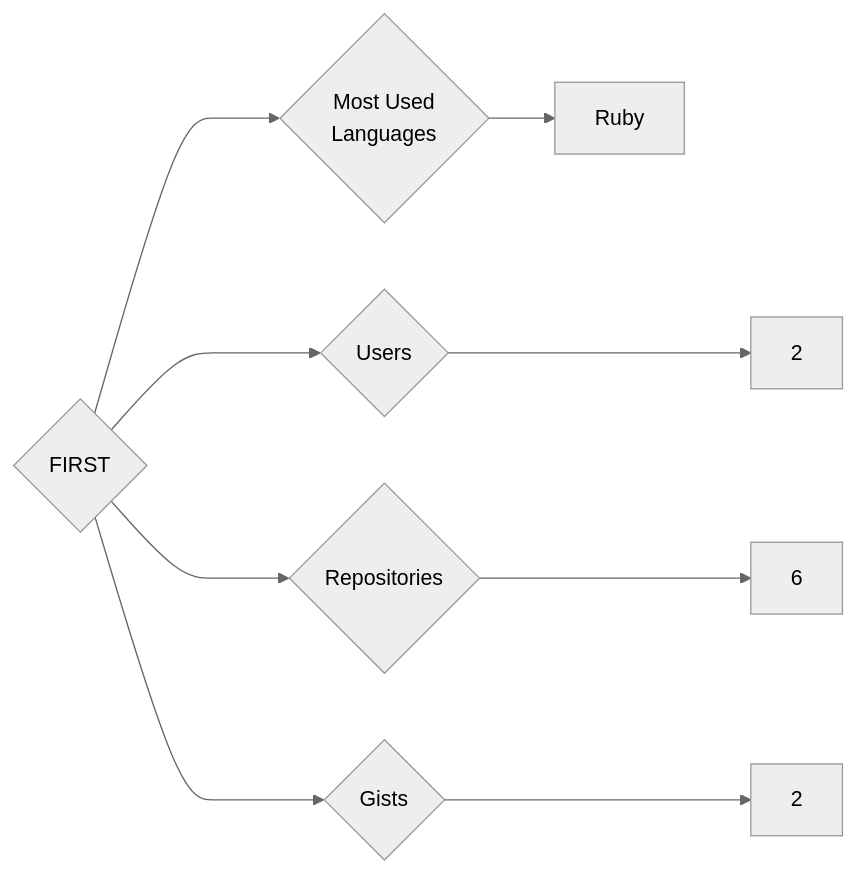
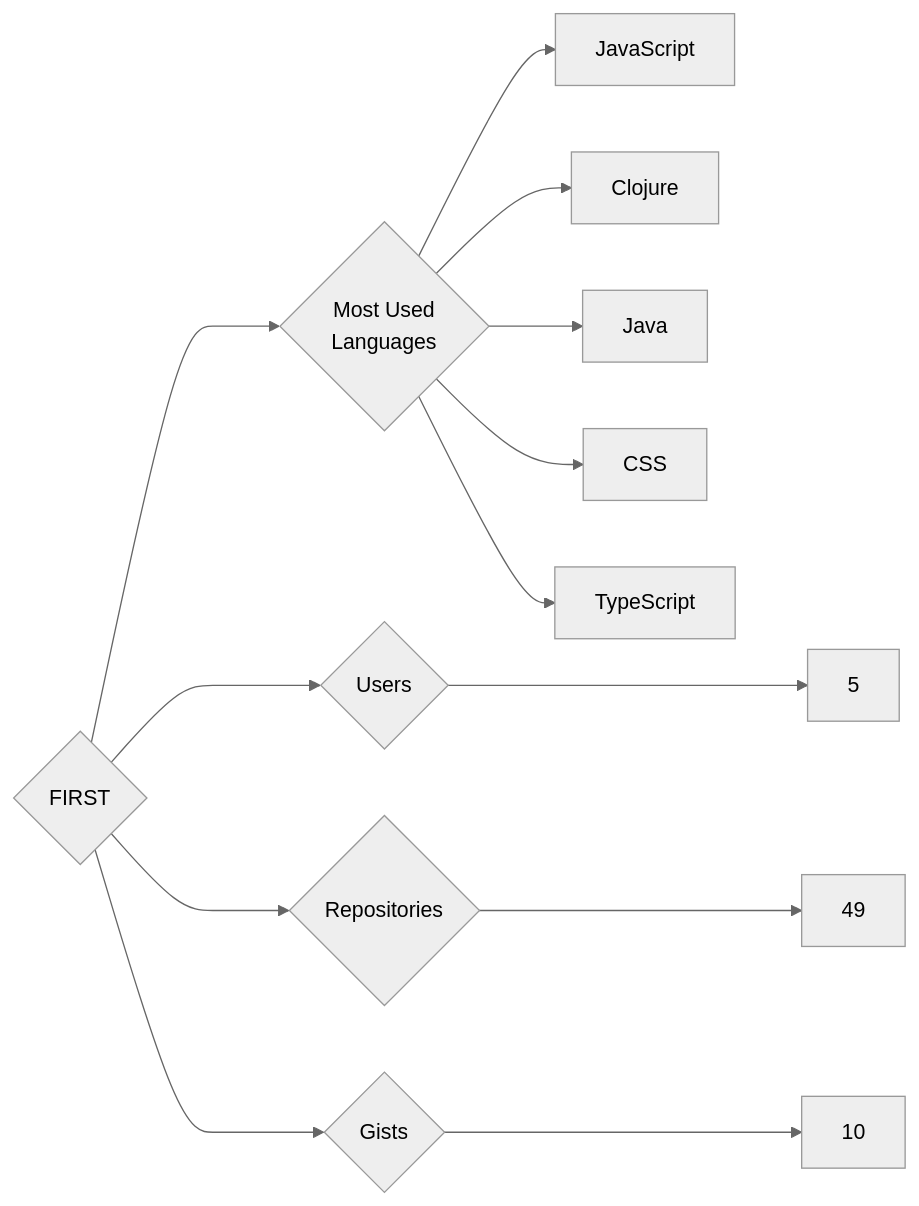
Before and after one commit to trickest/insiders: the diagram in targets/FIRST/README.md, drawn with Mermaid (neutral theme). The commit also changed 912 other files, not shown here.

````diff
--- a/targets/FIRST/README.md
+++ b/targets/FIRST/README.md
@@ -3,9 +3,13 @@
 ```mermaid
 graph LR
 COMPANY_NAME{FIRST}
-COMPANY_NAME ---> U{Users} ---> UN[2]
-COMPANY_NAME ---> R{Repositories} ---> RN[6]
-COMPANY_NAME ---> G{Gists} ---> GN[2]
+COMPANY_NAME ---> U{Users} ---> UN[5]
+COMPANY_NAME ---> R{Repositories} ---> RN[49]
+COMPANY_NAME ---> G{Gists} ---> GN[10]
 COMPANY_NAME ---> ML{Most Used<br>Languages}
-ML --> Ruby[Ruby]
+ML --> JavaScript[JavaScript]
+ML --> Clojure[Clojure]
+ML --> Java[Java]
+ML --> CSS[CSS]
+ML --> TypeScript[TypeScript]
 ```
````
